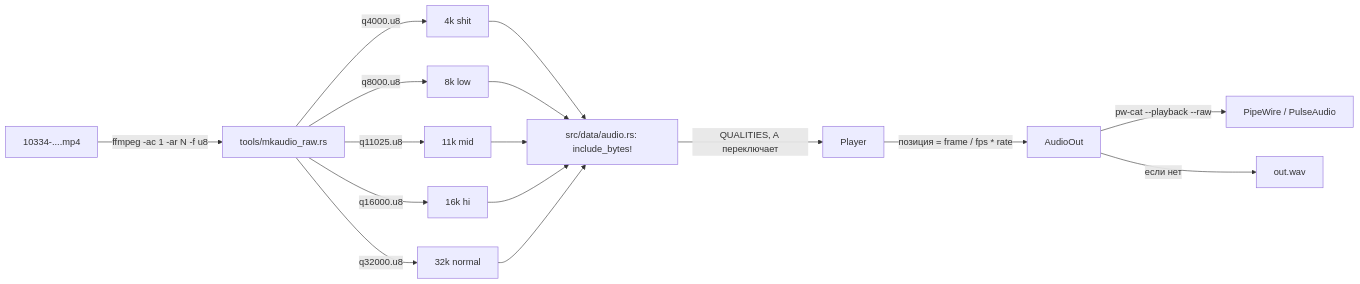
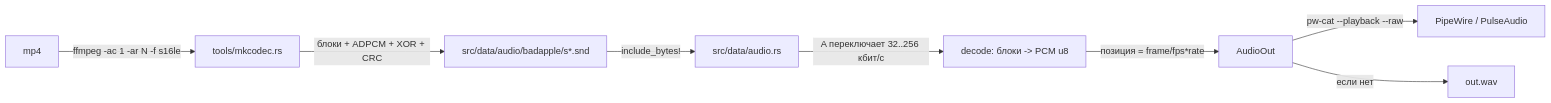
Diagram 26 of 27 in чертежи.md (loki5512344ss/SummumOS), drawn with Mermaid before and after one commit. The commit also changed other lines of this file and 35 other files, not shown here.

````diff
--- a/чертежи.md
+++ b/чертежи.md
@@ -664,18 +664,10 @@
 ```mermaid
 graph LR
-    mp4["10334-....mp4"] -->|"ffmpeg -ac 1 -ar N -f u8"| conv["tools/mkaudio_raw.rs"]
-    conv -->|"q4000.u8"| a4["4k shit"]
-    conv -->|"q8000.u8"| a8["8k low"]
-    conv -->|"q11025.u8"| a11["11k mid"]
-    conv -->|"q16000.u8"| a16["16k hi"]
-    conv -->|"q32000.u8"| a32["32k normal"]
-    a4 --> data["src/data/audio.rs: include_bytes!"]
-    a8 --> data
-    a11 --> data
-    a16 --> data
-    a32 --> data
-    data -->|"QUALITIES, A переключает"| player["Player"]
-    player -->|"позиция = frame / fps * rate"| out["AudioOut"]
+    mp4["mp4"] -->|"ffmpeg -ac 1 -ar N -f s16le"| conv["tools/mkcodec.rs"]
+    conv -->|"блоки + ADPCM + XOR + CRC"| files["src/data/audio/badapple/s*.snd"]
+    files -->|"include_bytes!"| data["src/data/audio.rs"]
+    data -->|"A переключает 32..256 кбит/с"| decode["decode: блоки -> PCM u8"]
+    decode -->|"позиция = frame/fps*rate"| out["AudioOut"]
     out -->|"pw-cat --playback --raw"| pipe["PipeWire / PulseAudio"]
     out -->|"если нет"| wav["out.wav"]
 ```
````
